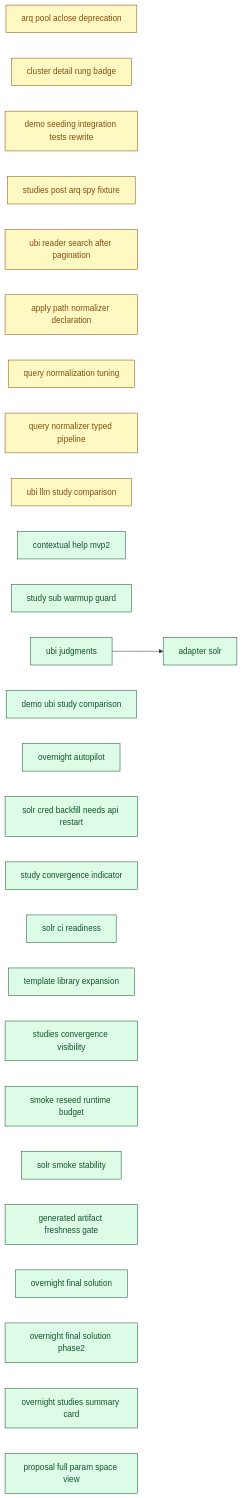
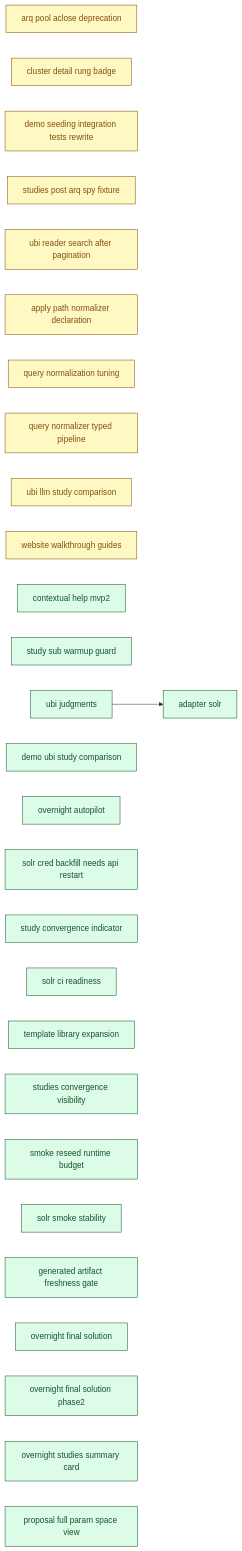
Before and after one commit to SoundMindsAI/relyloop: the diagram in docs/00_overview/MVP2_DASHBOARD.md, drawn with Mermaid. The commit also changed other lines of this file and 117 other files, not shown here.

First line of the commit message:
feat(website): walkthrough guides on relyloop.com (feat_website_walkthrough_guides) (#448)

````diff
--- a/docs/00_overview/MVP2_DASHBOARD.md
+++ b/docs/00_overview/MVP2_DASHBOARD.md
@@ -114,63 +114,65 @@
 ```mermaid
 graph LR
   classDef done fill:#dcfce7,stroke:#14532d,color:#14532d;
   classDef implement fill:#ffedd5,stroke:#9a3412,color:#9a3412;
   classDef plan fill:#fef9c3,stroke:#854d0e,color:#854d0e;
   classDef spec fill:#dbeafe,stroke:#1e40af,color:#1e40af;
   classDef idea fill:#f1f5f9,stroke:#334155,color:#334155;
   chore_arq_pool_aclose_deprecation["arq pool aclose deprecation"]
   class chore_arq_pool_aclose_deprecation plan;
   chore_cluster_detail_rung_badge["cluster detail rung badge"]
   class chore_cluster_detail_rung_badge plan;
   chore_demo_seeding_integration_tests_rewrite["demo seeding integration tests rewrite"]
   class chore_demo_seeding_integration_tests_rewrite plan;
   chore_studies_post_arq_spy_fixture["studies post arq spy fixture"]
   class chore_studies_post_arq_spy_fixture plan;
   chore_ubi_reader_search_after_pagination["ubi reader search after pagination"]
   class chore_ubi_reader_search_after_pagination plan;
   feat_apply_path_normalizer_declaration["apply path normalizer declaration"]
   class feat_apply_path_normalizer_declaration plan;
   feat_query_normalization_tuning["query normalization tuning"]
   class feat_query_normalization_tuning plan;
   feat_query_normalizer_typed_pipeline["query normalizer typed pipeline"]
   class feat_query_normalizer_typed_pipeline plan;
   feat_ubi_llm_study_comparison["ubi llm study comparison"]
   class feat_ubi_llm_study_comparison plan;
+  feat_website_walkthrough_guides["website walkthrough guides"]
+  class feat_website_walkthrough_guides plan;
   feat_contextual_help_mvp2["contextual help mvp2"]
   class feat_contextual_help_mvp2 done;
   feat_study_sub_warmup_guard["study sub warmup guard"]
   class feat_study_sub_warmup_guard done;
   feat_ubi_judgments["ubi judgments"]
   class feat_ubi_judgments done;
   feat_demo_ubi_study_comparison["demo ubi study comparison"]
   class feat_demo_ubi_study_comparison done;
   feat_overnight_autopilot["overnight autopilot"]
   class feat_overnight_autopilot done;
   infra_adapter_solr["adapter solr"]
   class infra_adapter_solr done;
   chore_solr_cred_backfill_needs_api_restart["solr cred backfill needs api restart"]
   class chore_solr_cred_backfill_needs_api_restart done;
   feat_study_convergence_indicator["study convergence indicator"]
   class feat_study_convergence_indicator done;
   infra_solr_ci_readiness["solr ci readiness"]
   class infra_solr_ci_readiness done;
   chore_template_library_expansion["template library expansion"]
   class chore_template_library_expansion done;
   feat_studies_convergence_visibility["studies convergence visibility"]
   class feat_studies_convergence_visibility done;
   infra_smoke_reseed_runtime_budget["smoke reseed runtime budget"]
   class infra_smoke_reseed_runtime_budget done;
   infra_solr_smoke_stability["solr smoke stability"]
   class infra_solr_smoke_stability done;
   infra_generated_artifact_freshness_gate["generated artifact freshness gate"]
   class infra_generated_artifact_freshness_gate done;
   feat_overnight_final_solution["overnight final solution"]
   class feat_overnight_final_solution done;
   feat_overnight_final_solution_phase2["overnight final solution phase2"]
   class feat_overnight_final_solution_phase2 done;
   feat_overnight_studies_summary_card["overnight studies summary card"]
   class feat_overnight_studies_summary_card done;
   feat_proposal_full_param_space_view["proposal full param space view"]
   class feat_proposal_full_param_space_view done;
   feat_ubi_judgments --> infra_adapter_solr
 ```
````
